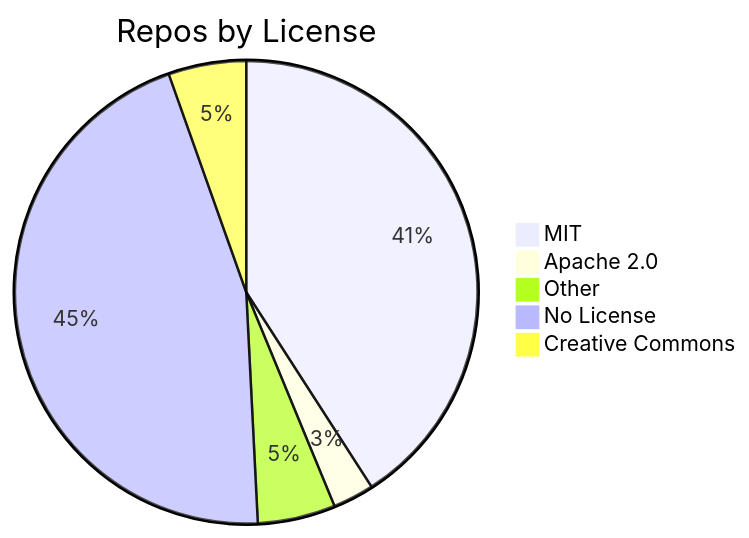
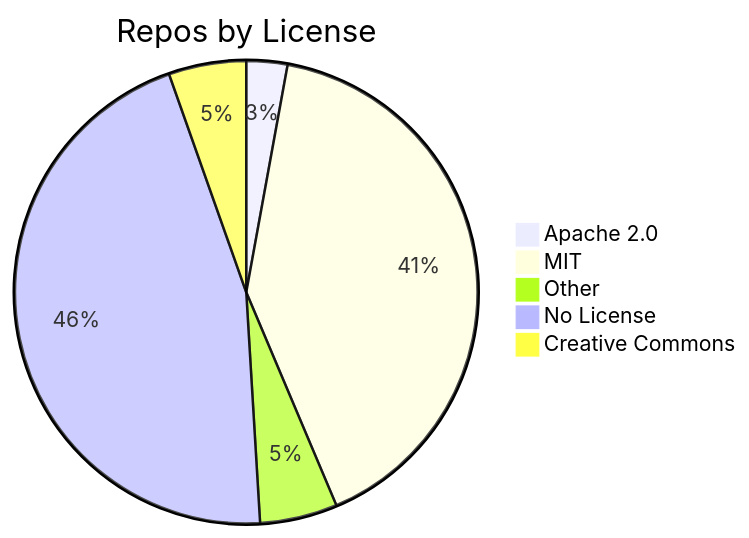
The diagram in README.md (jpatterson933/awesome-mcp-server-repo-index), drawn with Mermaid before and after one commit. The commit also changed other lines of this file and 3 other files, not shown here.

````diff
--- a/README.md
+++ b/README.md
@@ -29,8 +29,8 @@
 ```mermaid
 pie title Repos by License
+    "Apache 2.0" : 9
     "MIT" : 128
-    "Apache 2.0" : 9
     "Other" : 17
-    "No License" : 142
+    "No License" : 143
     "Creative Commons" : 17
 ```
````
